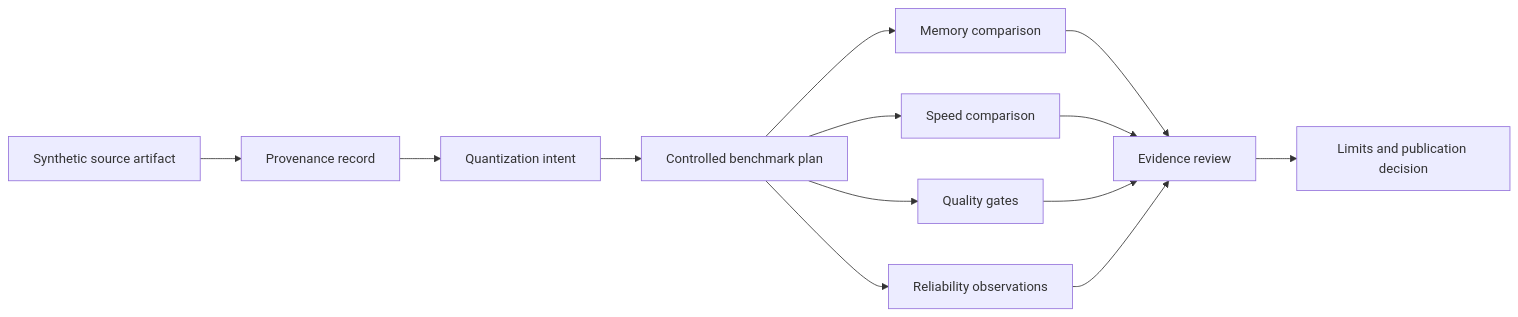
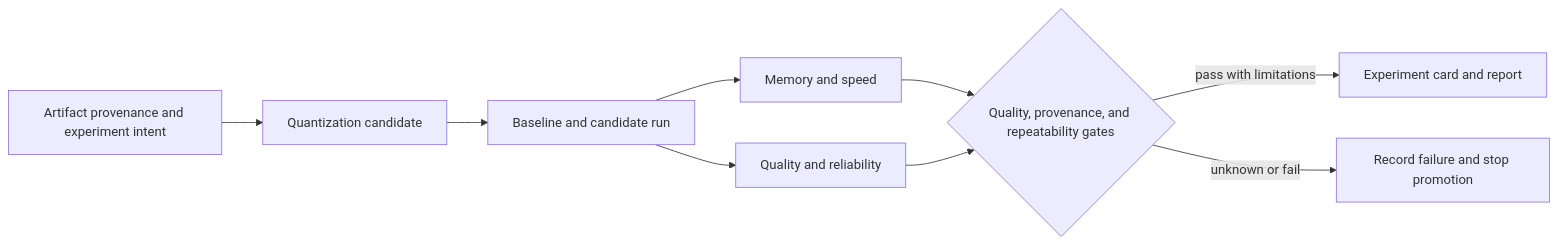
The diagram in docs/ARCHITECTURE.md (GumbiiDigital/spark-nvfp4-lab-public), drawn with Mermaid before and after one commit. The commit also changed 4 other files, not shown here.

First line of the commit message:
docs: apply canonical evidence-led engineering record

````diff
--- a/docs/ARCHITECTURE.md
+++ b/docs/ARCHITECTURE.md
@@ -1,15 +1,11 @@
 ```mermaid
 flowchart LR
-  S["Synthetic source artifact"] --> P["Provenance record"]
-  P --> Q["Quantization intent"]
-  Q --> B["Controlled benchmark plan"]
-  B --> M["Memory comparison"]
-  B --> T["Speed comparison"]
-  B --> U["Quality gates"]
-  B --> R["Reliability observations"]
-  M --> E["Evidence review"]
-  T --> E
-  U --> E
-  R --> E
-  E --> L["Limits and publication decision"]
+    P["Artifact provenance and experiment intent"] --> Q["Quantization candidate"]
+    Q --> B["Baseline and candidate run"]
+    B --> M["Memory and speed"]
+    B --> E["Quality and reliability"]
+    M --> G{"Quality, provenance, and repeatability gates"}
+    E --> G
+    G -->|pass with limitations| C["Experiment card and report"]
+    G -->|unknown or fail| U["Record failure and stop promotion"]
 ```
````
